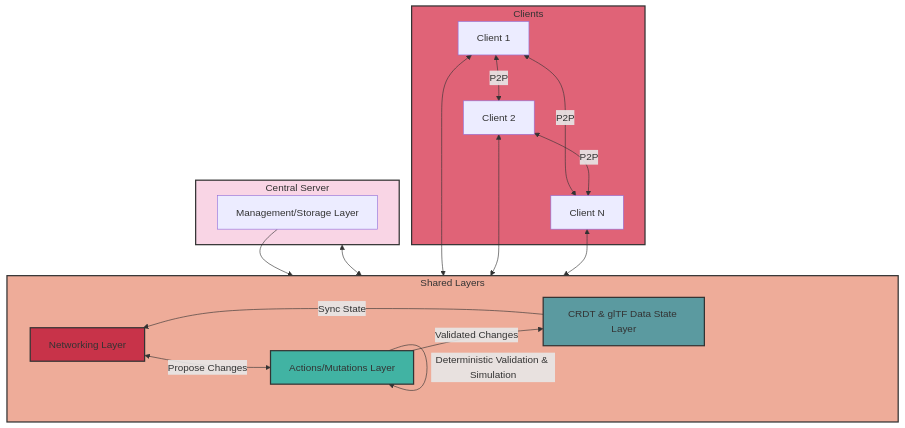
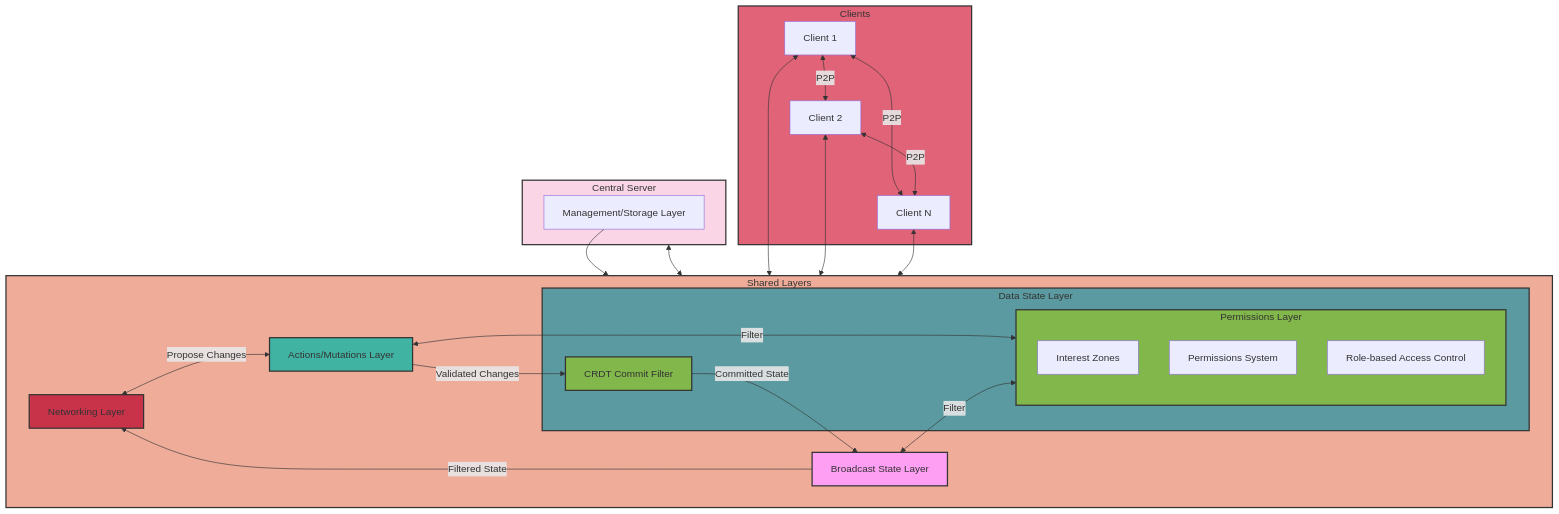
Before and after one commit to vircadia/vircadia-world-sdk-ts: the diagram in README.md, drawn with Mermaid. The commit also changed other lines of this file, not shown here.

````diff
--- a/README.md
+++ b/README.md
@@ -46,40 +39,54 @@
 ```mermaid
 graph TD
     subgraph CentralServer [Central Server]
         A[Management/Storage Layer]
     end
 
     subgraph SharedLayers [Shared Layers]
         C[Networking Layer]
-        D[CRDT & glTF Data State Layer]
+        subgraph D [Data State Layer]
+            D1[CRDT Commit Filter]
+            D2[Permissions Layer]
+            subgraph D2 [Permissions Layer]
+                D2a[Interest Zones]
+                D2b[Permissions System]
+                D2c[Role-based Access Control]
+            end
+        end
         E[Actions/Mutations Layer]
+        F[Broadcast State Layer]
     end
 
     subgraph Clients [Clients]
         Client1[Client 1]
         Client2[Client 2]
         ClientN[Client N]
     end
 
     A --> SharedLayers
     CentralServer <--> SharedLayers
     Client1 <--> SharedLayers
     Client2 <--> SharedLayers
     ClientN <--> SharedLayers
     Client1 <-->|P2P| Client2
     Client1 <-->|P2P| ClientN
     Client2 <-->|P2P| ClientN
 
     C <-->|Propose Changes| E
-    E -->|Validated Changes| D
-    D -->|Sync State| C
+    E -->|Validated Changes| D1
+    D1 -->|Committed State| F
+    F -->|Filtered State| C
 
-    E -->|Deterministic Validation & Simulation| E
+    E <-->|Filter| D2
+    F <-->|Filter| D2
 
     style CentralServer fill:#f9d5e5,stroke:#333,stroke-width:2px
     style SharedLayers fill:#eeac99,stroke:#333,stroke-width:2px
     style Clients fill:#e06377,stroke:#333,stroke-width:2px
     style C fill:#c83349,stroke:#333,stroke-width:2px
     style D fill:#5b9aa0,stroke:#333,stroke-width:2px
+    style D1 fill:#82b74b,stroke:#333,stroke-width:2px
+    style D2 fill:#82b74b,stroke:#333,stroke-width:2px
     style E fill:#41b3a3,stroke:#333,stroke-width:2px
+    style F fill:#ff9ff3,stroke:#333,stroke-width:2px
 ```
````
